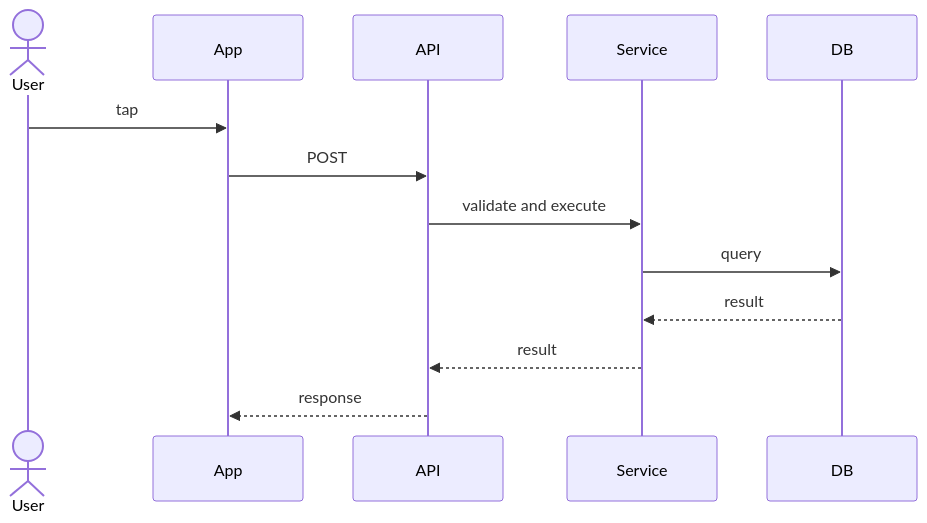
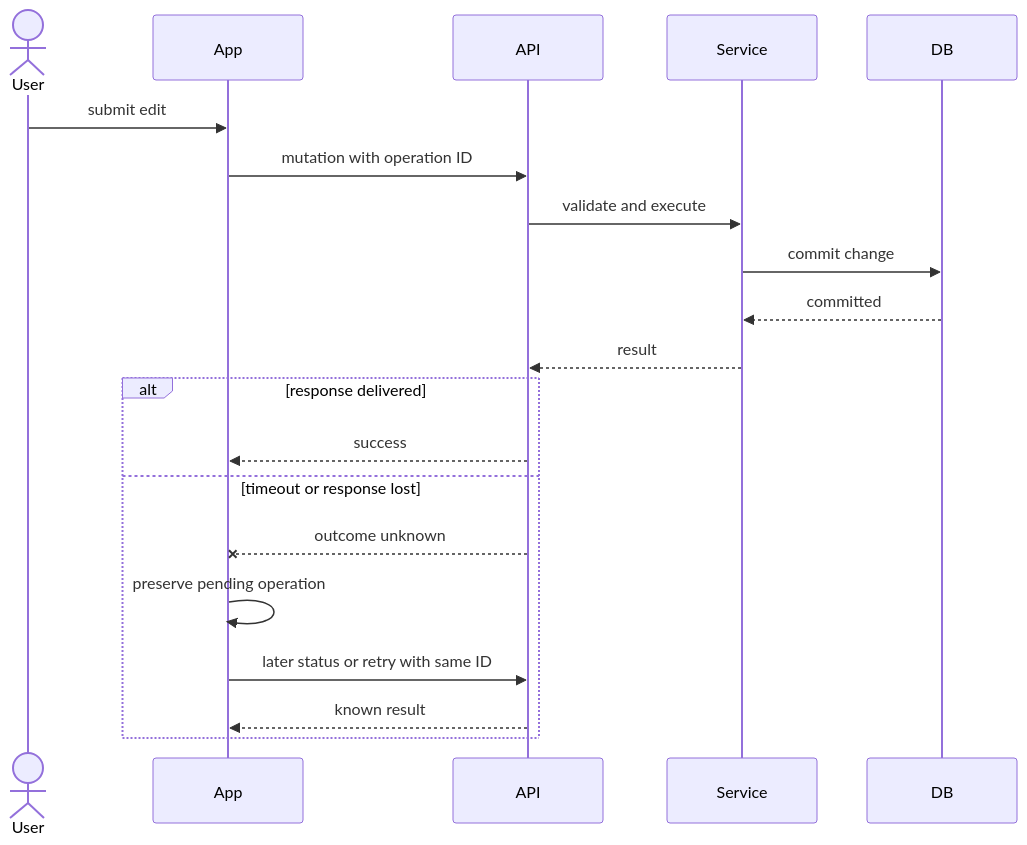
One commit to khodorkin-dmitrii/android-dev-handbook changed the second of 3 diagrams in docs/engineering/system-design/diagrams.md. Above: the diagram before and after it, drawn with Mermaid. The commit also changed other lines of this file and 15 other files, not shown here.

````diff
--- a/docs/engineering/system-design/diagrams.md
+++ b/docs/engineering/system-design/diagrams.md
@@ -24,15 +24,22 @@
 ```mermaid
 sequenceDiagram
     actor User
     participant App
     participant API
     participant Service
     participant DB
-    User->>App: tap
-    App->>API: POST
+    User->>App: submit edit
+    App->>API: mutation with operation ID
     API->>Service: validate and execute
-    Service->>DB: query
-    DB-->>Service: result
+    Service->>DB: commit change
+    DB-->>Service: committed
     Service-->>API: result
-    API-->>App: response
+    alt response delivered
+        API-->>App: success
+    else timeout or response lost
+        API--xApp: outcome unknown
+        App->>App: preserve pending operation
+        App->>API: later status or retry with same ID
+        API-->>App: known result
+    end
 ```
````
